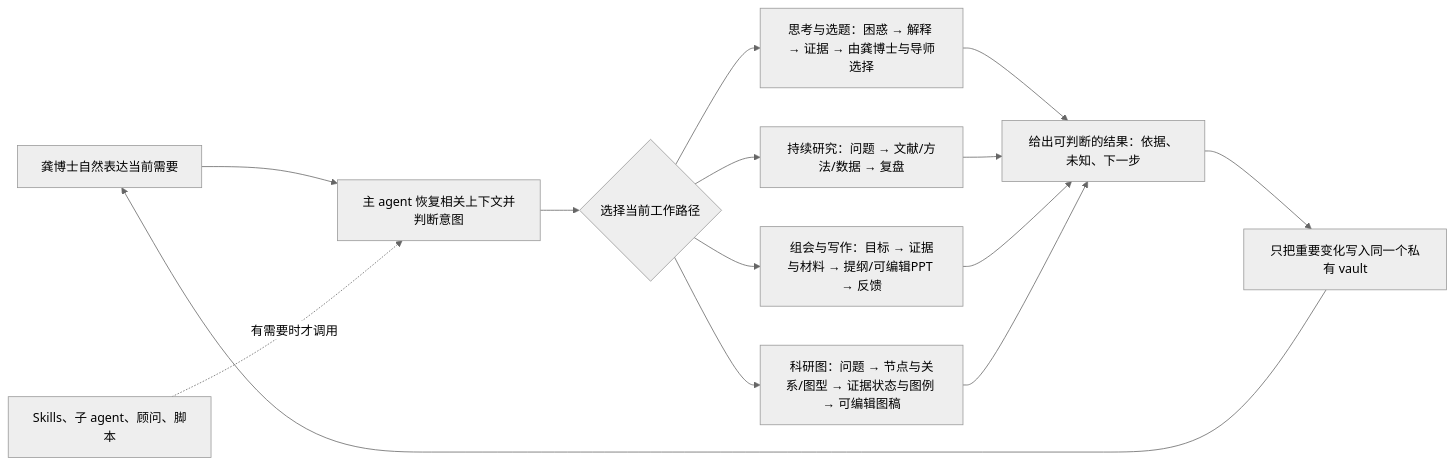
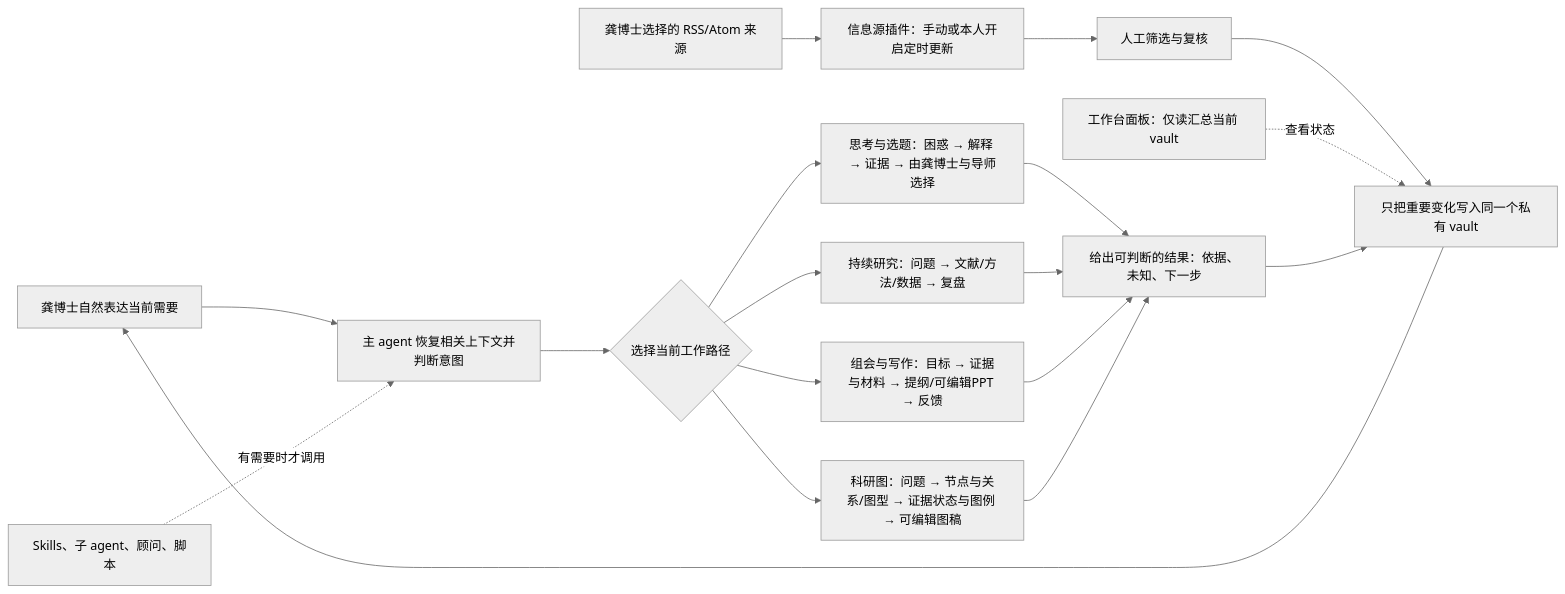
The diagram in 08_完整体系架构.md (youir/danta-research-workbench), drawn with Mermaid (neutral theme) before and after one commit. The commit also changed other lines of this file and 37 other files, not shown here.

````diff
--- a/08_完整体系架构.md
+++ b/08_完整体系架构.md
@@ -11,16 +11,20 @@
 ```mermaid
 flowchart LR
     U[龚博士自然表达当前需要] --> R[主 agent 恢复相关上下文并判断意图]
     R --> W{选择当前工作路径}
     W --> I[思考与选题：困惑 → 解释 → 证据 → 由龚博士与导师选择]
     W --> D[持续研究：问题 → 文献/方法/数据 → 复盘]
     W --> M[组会与写作：目标 → 证据与材料 → 提纲/可编辑PPT → 反馈]
     W --> F[科研图：问题 → 节点与关系/图型 → 证据状态与图例 → 可编辑图稿]
+    S1[龚博士选择的 RSS/Atom 来源] --> C[信息源插件：手动或本人开启定时更新]
+    C --> H[人工筛选与复核]
+    H --> P
+    V[工作台面板：仅读汇总当前 vault] -. 查看状态 .-> P
     I --> O[给出可判断的结果：依据、未知、下一步]
     D --> O
     M --> O
     F --> O
     O --> P[只把重要变化写入同一个私有 vault]
     P --> U
     S[Skills、子 agent、顾问、脚本] -. 有需要时才调用 .-> R
 ```
````
